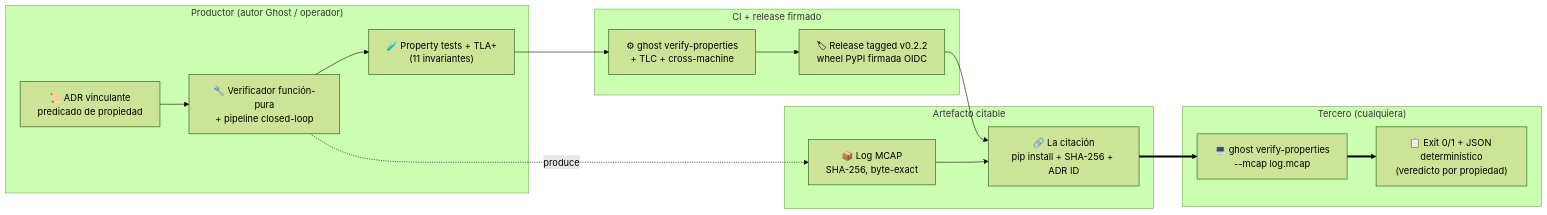
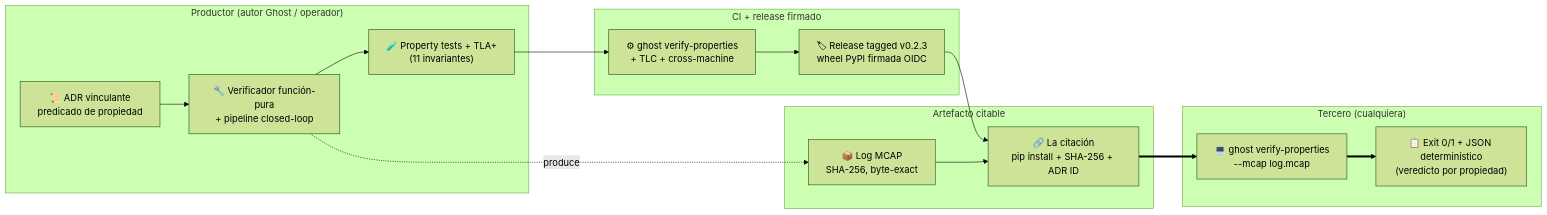
The diagram in docs/paper/es/proyecto_ghost_v0_2_ES.md (JFHelvetius/ghost), drawn with Mermaid (forest theme) before and after one commit. The commit also changed other lines of this file and 3 other files, not shown here.

````diff
--- a/docs/paper/es/proyecto_ghost_v0_2_ES.md
+++ b/docs/paper/es/proyecto_ghost_v0_2_ES.md
@@ -233,29 +233,29 @@
 ```mermaid
 flowchart LR
     subgraph P["Productor (autor Ghost / operador)"]
         ADR["📜 ADR vinculante<br/>predicado de propiedad"]
         Code["🔧 Verificador función-pura<br/>+ pipeline closed-loop"]
         Spec["🧪 Property tests + TLA+<br/>(11 invariantes)"]
     end
     subgraph R["CI + release firmado"]
         CIv["⚙ ghost verify-properties<br/>+ TLC + cross-machine"]
-        Tag["🏷 Release tagged v0.2.2<br/>wheel PyPI firmada OIDC"]
+        Tag["🏷 Release tagged v0.2.3<br/>wheel PyPI firmada OIDC"]
     end
     subgraph A["Artefacto citable"]
         MCAP["📦 Log MCAP<br/>SHA-256, byte-exact"]
         Cite["🔗 La citación<br/>pip install + SHA-256 + ADR ID"]
     end
     subgraph V["Tercero (cualquiera)"]
         Cmd["💻 ghost verify-properties<br/>--mcap log.mcap"]
         Out["📋 Exit 0/1 + JSON determinístico<br/>(veredicto por propiedad)"]
     end
     ADR --> Code
     Code --> Spec
     Spec --> CIv
     CIv --> Tag
     Code -. produce .-> MCAP
     Tag --> Cite
     MCAP --> Cite
     Cite ==> Cmd
     Cmd ==> Out
 ```
````
